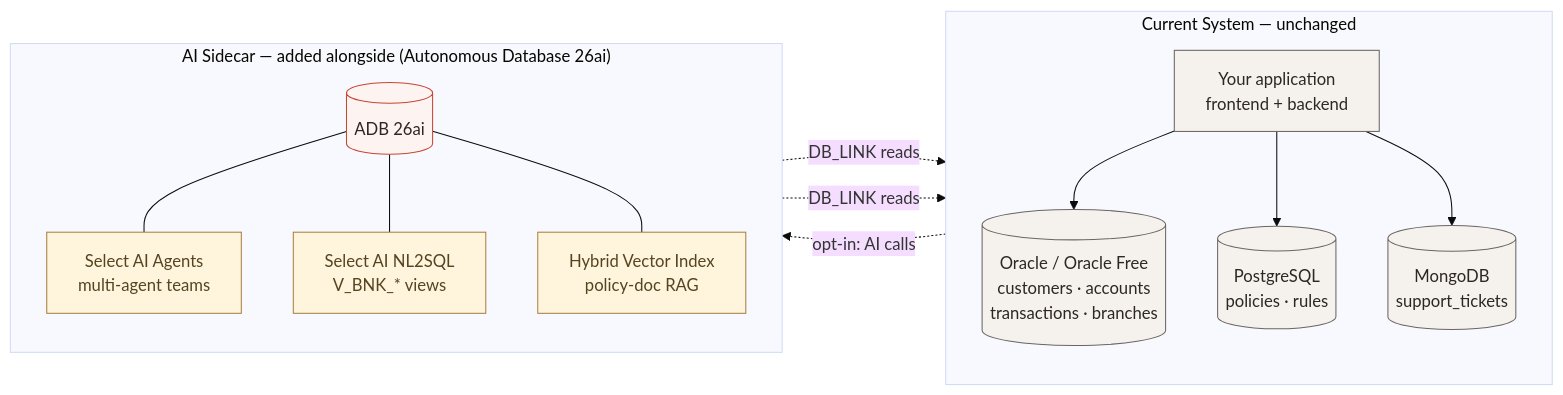
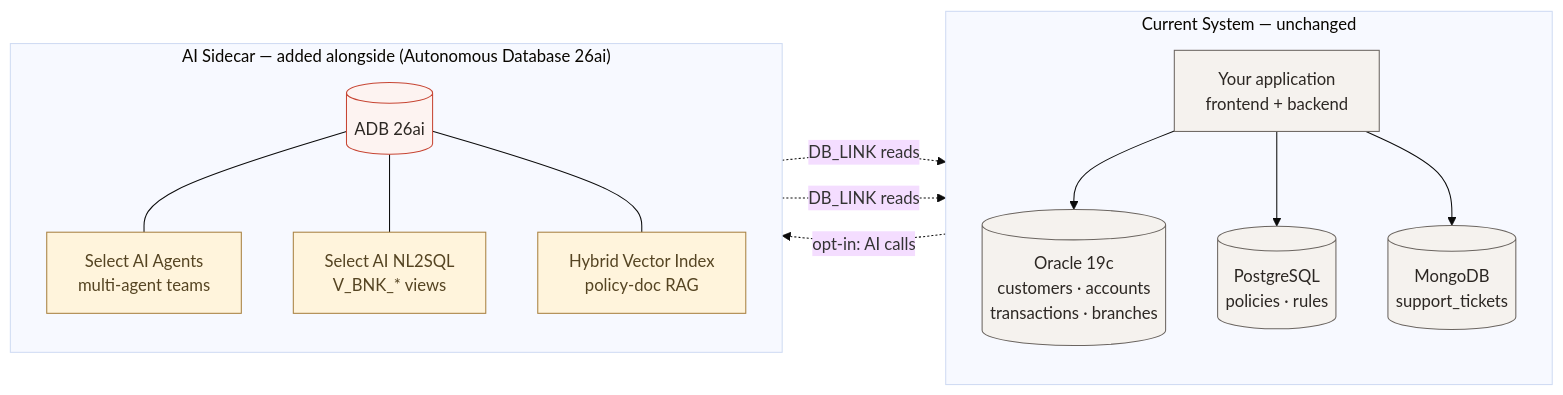
Before and after one commit to vmleon/oracle-adb-sidecar-architecture: the first of 4 diagrams in README.md, drawn with Mermaid (base theme). The commit also changed other lines of this file and 2 other files, not shown here.

Commit message:
docs: rework TODO into ordered ROADMAP, relabel sim prod as 19c

````diff
--- a/README.md
+++ b/README.md
@@ -19,32 +19,32 @@
 ```mermaid
 flowchart LR
     classDef existing fill:#F5F2EE,stroke:#6B6560,color:#2C2723
     classDef sidecar  fill:#FDF3F1,stroke:#C74634,color:#2C2723
     classDef ai       fill:#FFF4DC,stroke:#A88040,color:#542
 
     subgraph current ["Current System — unchanged"]
         direction TB
         app[Your application<br/>frontend + backend]:::existing
-        oracle[(Oracle / Oracle Free<br/>customers · accounts<br/>transactions · branches)]:::existing
+        oracle[(Oracle 19c<br/>customers · accounts<br/>transactions · branches)]:::existing
         postgres[(PostgreSQL<br/>policies · rules)]:::existing
         mongo[(MongoDB<br/>support_tickets)]:::existing
         app --> oracle
         app --> postgres
         app --> mongo
     end
 
     subgraph sidecarbox ["AI Sidecar — added alongside (Autonomous Database 26ai)"]
         direction TB
         adb[(ADB 26ai)]:::sidecar
         agents[Select AI Agents<br/>multi-agent teams]:::ai
         nl2sql[Select AI NL2SQL<br/>V_BNK_* views]:::ai
         rag[Hybrid Vector Index<br/>policy-doc RAG]:::ai
         adb --- agents
         adb --- nl2sql
         adb --- rag
     end
 
     app -. opt-in: AI calls .-> adb
     adb -. DB_LINK reads .-> oracle
     adb -. DB_LINK reads .-> postgres
 ```
````
